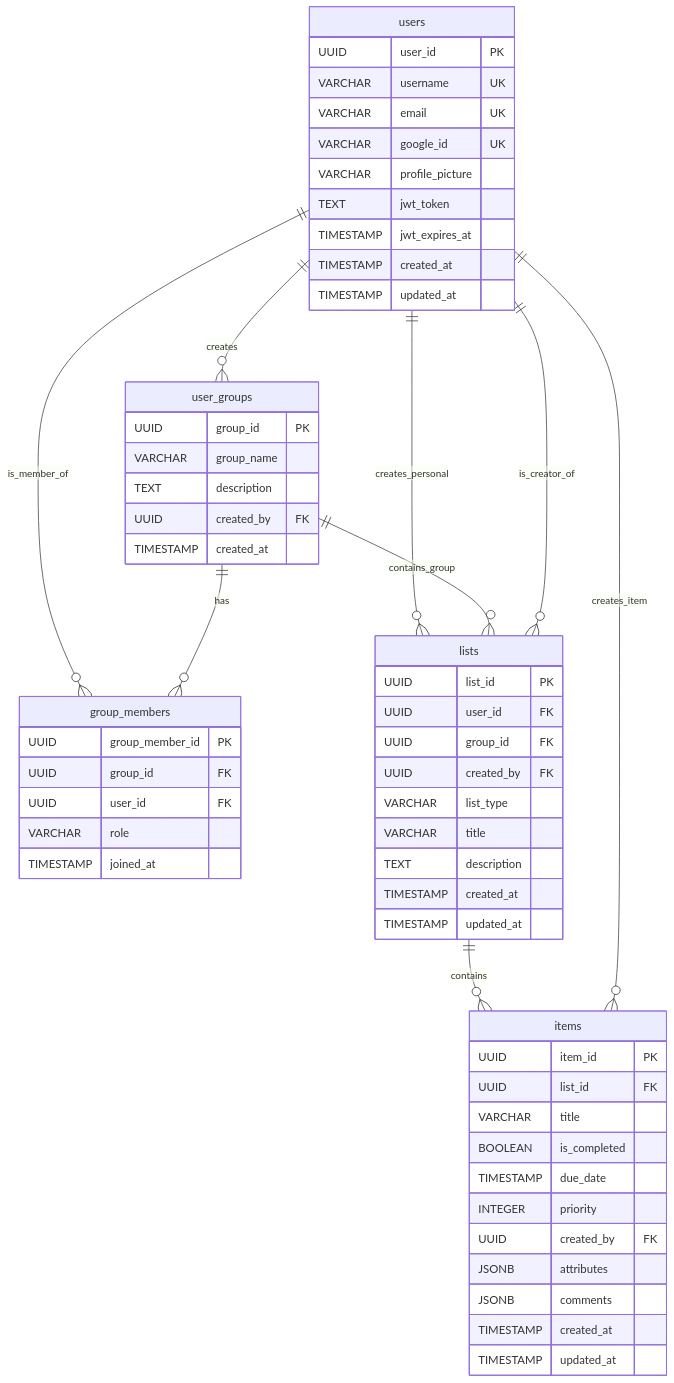
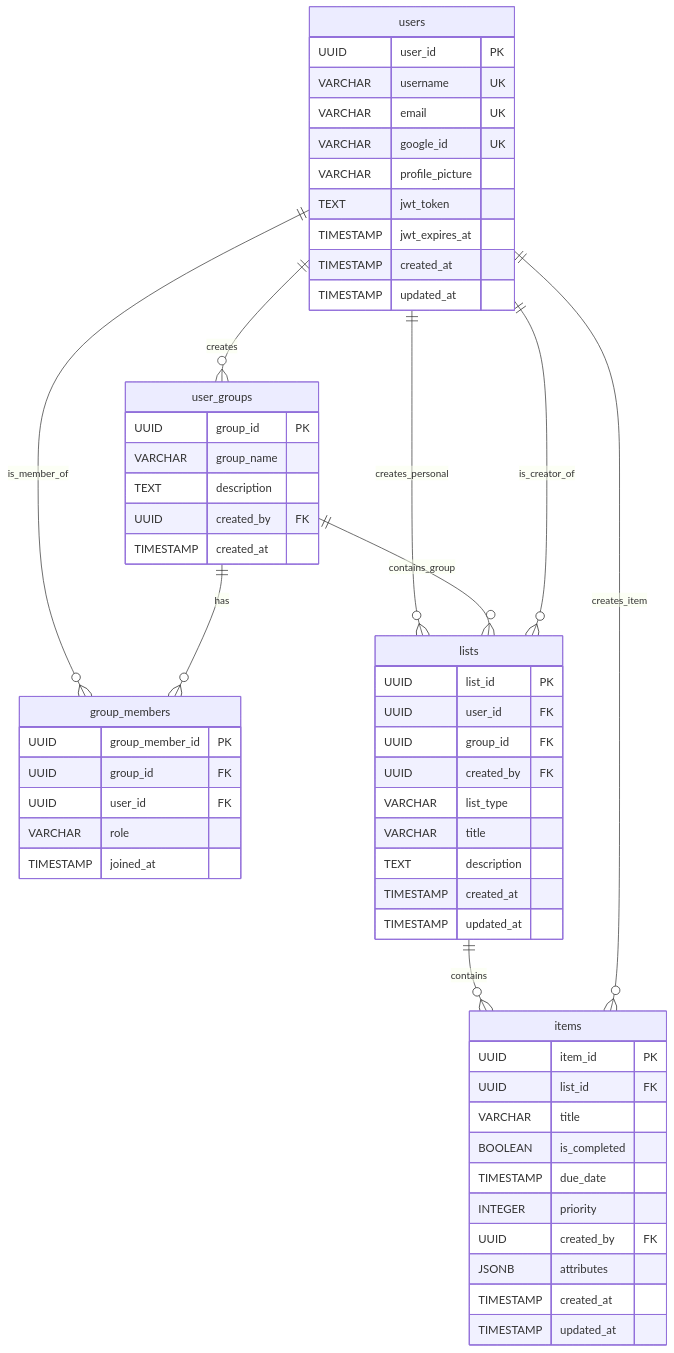
The diagram in docs/technical/database.md (ayush-srivasta/ToDo), drawn with Mermaid before and after one commit. The commit also changed other lines of this file, not shown here.

````diff
--- a/docs/technical/database.md
+++ b/docs/technical/database.md
@@ -2,66 +1,64 @@
 ```mermaid
 erDiagram
     users {
         UUID user_id PK
         VARCHAR username UK
         VARCHAR email UK
         VARCHAR google_id UK
         VARCHAR profile_picture
         TEXT jwt_token
         TIMESTAMP jwt_expires_at
         TIMESTAMP created_at
         TIMESTAMP updated_at
     }
 
     user_groups {
         UUID group_id PK
         VARCHAR group_name
         TEXT description
         UUID created_by FK
         TIMESTAMP created_at
     }
 
     group_members {
         UUID group_member_id PK
         UUID group_id FK
         UUID user_id FK
         VARCHAR role
         TIMESTAMP joined_at
     }
 
     lists {
         UUID list_id PK
         UUID user_id FK
         UUID group_id FK
         UUID created_by FK
         VARCHAR list_type
         VARCHAR title
         TEXT description
         TIMESTAMP created_at
         TIMESTAMP updated_at
     }
 
     items {
         UUID item_id PK
         UUID list_id FK
         VARCHAR title
         BOOLEAN is_completed
         TIMESTAMP due_date
         INTEGER priority
         UUID created_by FK
         JSONB attributes
-        JSONB comments
         TIMESTAMP created_at
         TIMESTAMP updated_at
     }
 
-%% Relationships
     users ||--o{ user_groups : creates
     users ||--o{ group_members : "is_member_of"
     user_groups ||--o{ group_members : has
     users ||--o{ lists : "creates_personal"
     user_groups ||--o{ lists : "contains_group"
     users ||--o{ lists : "is_creator_of"
     lists ||--o{ items : contains
     users ||--o{ items : "creates_item"
 ```
````
